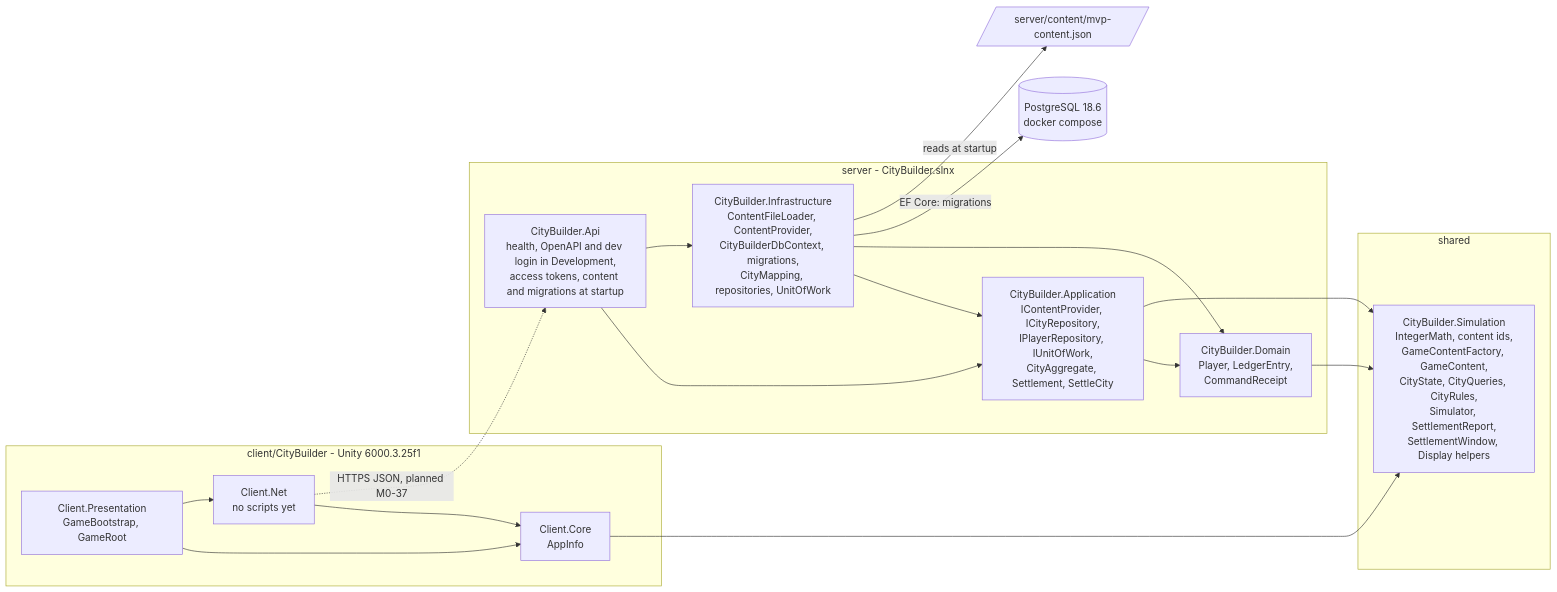
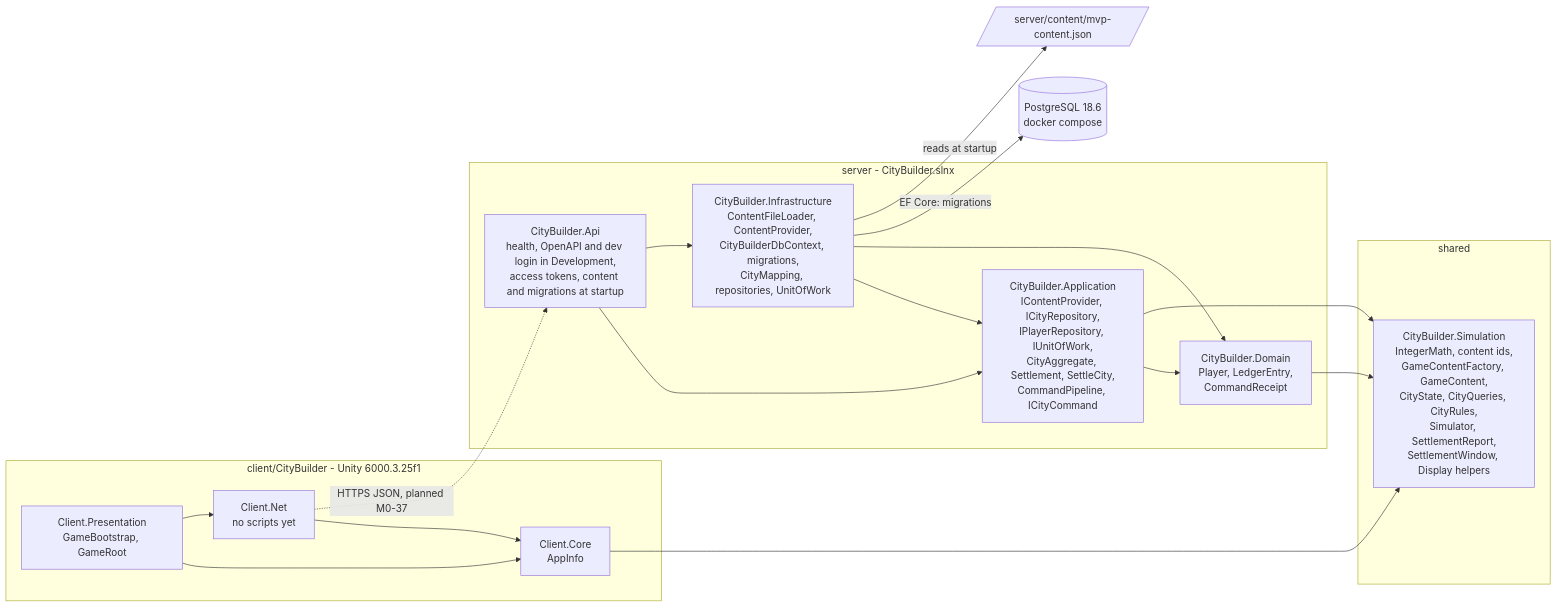
One commit to Samurai-netizen/citybuild changed the diagram in docs/architecture/overview.md. Above: the diagram before and after it, drawn with Mermaid. The commit also changed other lines of this file and 53 other files, not shown here.

First line of the commit message:
feat(M0-26): command pipeline with idempotency (#38)

````diff
--- a/docs/architecture/overview.md
+++ b/docs/architecture/overview.md
@@ -20,34 +20,34 @@
 ```mermaid
 flowchart LR
   subgraph clientside["client/CityBuilder - Unity 6000.3.25f1"]
     PRES["Client.Presentation<br/>GameBootstrap, GameRoot"]
     NET["Client.Net<br/>no scripts yet"]
     CORE["Client.Core<br/>AppInfo"]
   end
   subgraph sharedside["shared"]
     SIM["CityBuilder.Simulation<br/>IntegerMath, content ids,<br/>GameContentFactory, GameContent,<br/>CityState, CityQueries, CityRules,<br/>Simulator, SettlementReport,<br/>SettlementWindow, Display helpers"]
   end
   subgraph serverside["server - CityBuilder.slnx"]
     API["CityBuilder.Api<br/>health, OpenAPI and dev login in Development,<br/>access tokens, content and migrations at startup"]
     INF["CityBuilder.Infrastructure<br/>ContentFileLoader, ContentProvider,<br/>CityBuilderDbContext, migrations,<br/>CityMapping, repositories, UnitOfWork"]
-    APP["CityBuilder.Application<br/>IContentProvider, ICityRepository,<br/>IPlayerRepository, IUnitOfWork,<br/>CityAggregate, Settlement, SettleCity"]
+    APP["CityBuilder.Application<br/>IContentProvider, ICityRepository,<br/>IPlayerRepository, IUnitOfWork,<br/>CityAggregate, Settlement, SettleCity,<br/>CommandPipeline, ICityCommand"]
     DOM["CityBuilder.Domain<br/>Player, LedgerEntry,<br/>CommandReceipt"]
   end
   DB[("PostgreSQL 18.6<br/>docker compose")]
   FILE[/"server/content/mvp-content.json"/]
   PRES --> CORE
   PRES --> NET
   NET --> CORE
   CORE --> SIM
   API --> APP
   API --> INF
   INF --> APP
   INF --> DOM
   APP --> DOM
   APP --> SIM
   DOM --> SIM
   NET -.->|"HTTPS JSON, planned M0-37"| API
   INF -->|"EF Core: migrations"| DB
   INF -->|"reads at startup"| FILE
   classDef planned stroke-dasharray: 4 4
 ```
````
